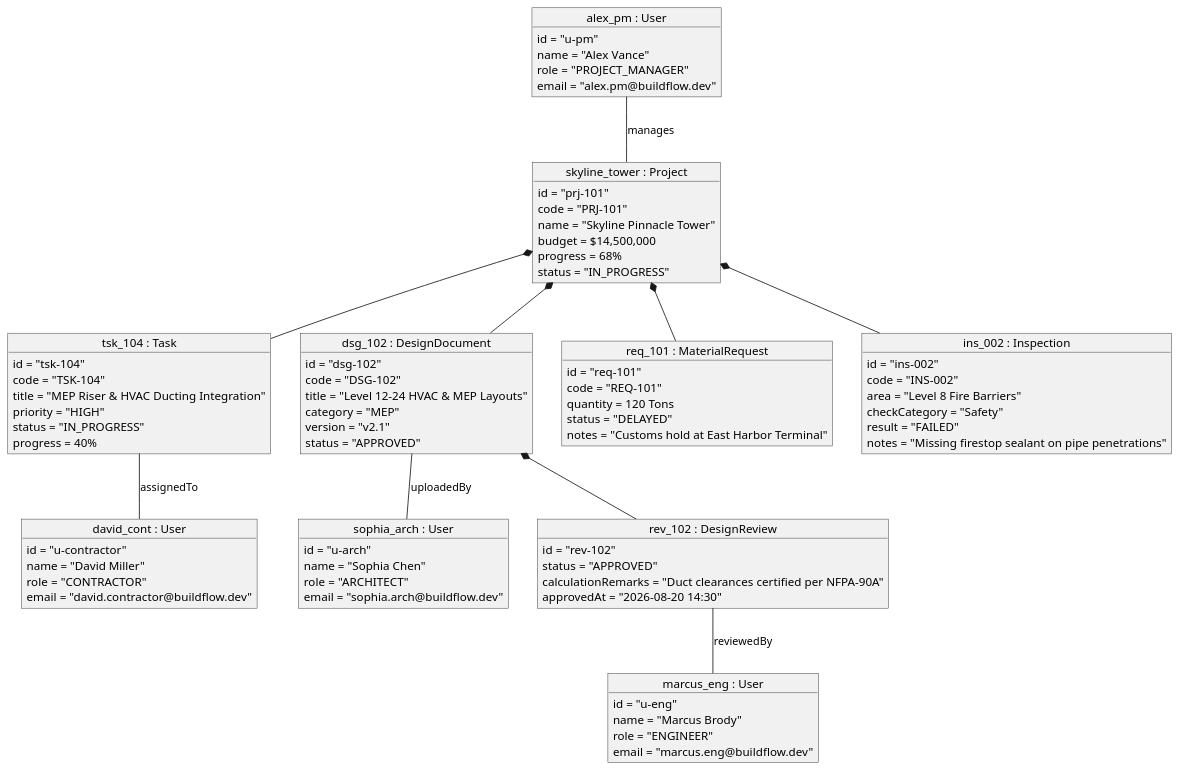
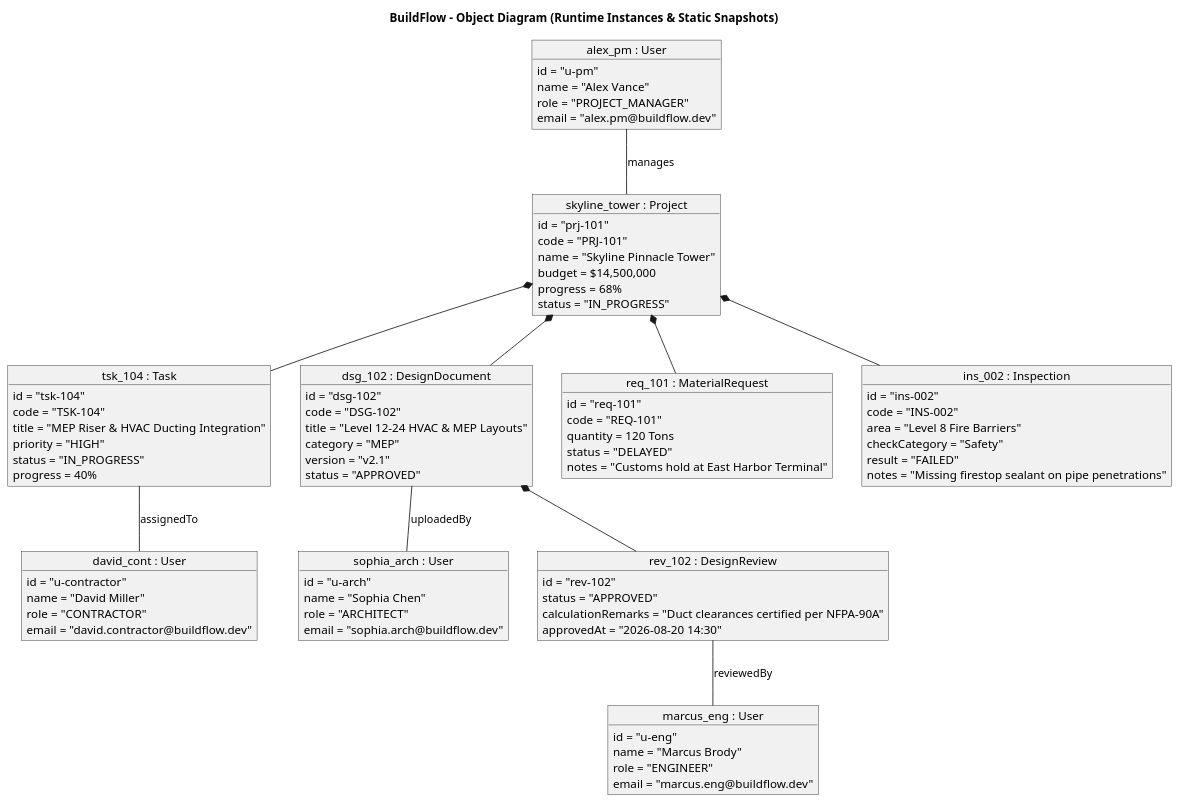
Before and after one commit to Shaunakrane914/BuildFlow: the diagram in docs/uml/object_diagram.puml, drawn with PlantUML. The commit also changed 8 other files, not shown here.

Commit message:
style(uml): add explicit title headings to all 9 PlantUML diagram files

```diff
--- a/docs/uml/object_diagram.puml
+++ b/docs/uml/object_diagram.puml
@@ -1,95 +1,96 @@
 @startuml BuildFlow_Object_Diagram
+title BuildFlow - Object Diagram (Runtime Instances & Static Snapshots)
 skinparam objectAttributeIconSize 0
 skinparam monochrome false
 skinparam shadowing false
 
 object "alex_pm : User" as Alex {
   id = "u-pm"
   name = "Alex Vance"
   role = "PROJECT_MANAGER"
   email = "alex.pm@buildflow.dev"
 }
 
 object "marcus_eng : User" as Marcus {
   id = "u-eng"
   name = "Marcus Brody"
   role = "ENGINEER"
   email = "marcus.eng@buildflow.dev"
 }
 
 object "sophia_arch : User" as Sophia {
   id = "u-arch"
   name = "Sophia Chen"
   role = "ARCHITECT"
   email = "sophia.arch@buildflow.dev"
 }
 
 object "david_cont : User" as David {
   id = "u-contractor"
   name = "David Miller"
   role = "CONTRACTOR"
   email = "david.contractor@buildflow.dev"
 }
 
 object "skyline_tower : Project" as Prj1 {
   id = "prj-101"
   code = "PRJ-101"
   name = "Skyline Pinnacle Tower"
   budget = $14,500,000
   progress = 68%
   status = "IN_PROGRESS"
 }
 
 object "tsk_104 : Task" as Tsk1 {
   id = "tsk-104"
   code = "TSK-104"
   title = "MEP Riser & HVAC Ducting Integration"
   priority = "HIGH"
   status = "IN_PROGRESS"
   progress = 40%
 }
 
 object "dsg_102 : DesignDocument" as Dsg1 {
   id = "dsg-102"
   code = "DSG-102"
   title = "Level 12-24 HVAC & MEP Layouts"
   category = "MEP"
   version = "v2.1"
   status = "APPROVED"
 }
 
 object "rev_102 : DesignReview" as Rev1 {
   id = "rev-102"
   status = "APPROVED"
   calculationRemarks = "Duct clearances certified per NFPA-90A"
   approvedAt = "2026-08-20 14:30"
 }
 
 object "req_101 : MaterialRequest" as Req1 {
   id = "req-101"
   code = "REQ-101"
   quantity = 120 Tons
   status = "DELAYED"
   notes = "Customs hold at East Harbor Terminal"
 }
 
 object "ins_002 : Inspection" as Ins1 {
   id = "ins-002"
   code = "INS-002"
   area = "Level 8 Fire Barriers"
   checkCategory = "Safety"
   result = "FAILED"
   notes = "Missing firestop sealant on pipe penetrations"
 }
 
 Alex -- Prj1 : manages
 Prj1 *-- Tsk1
 Prj1 *-- Dsg1
 Prj1 *-- Req1
 Prj1 *-- Ins1
 
 Tsk1 -- David : assignedTo
 Dsg1 -- Sophia : uploadedBy
 Dsg1 *-- Rev1
 Rev1 -- Marcus : reviewedBy
 @enduml
```
